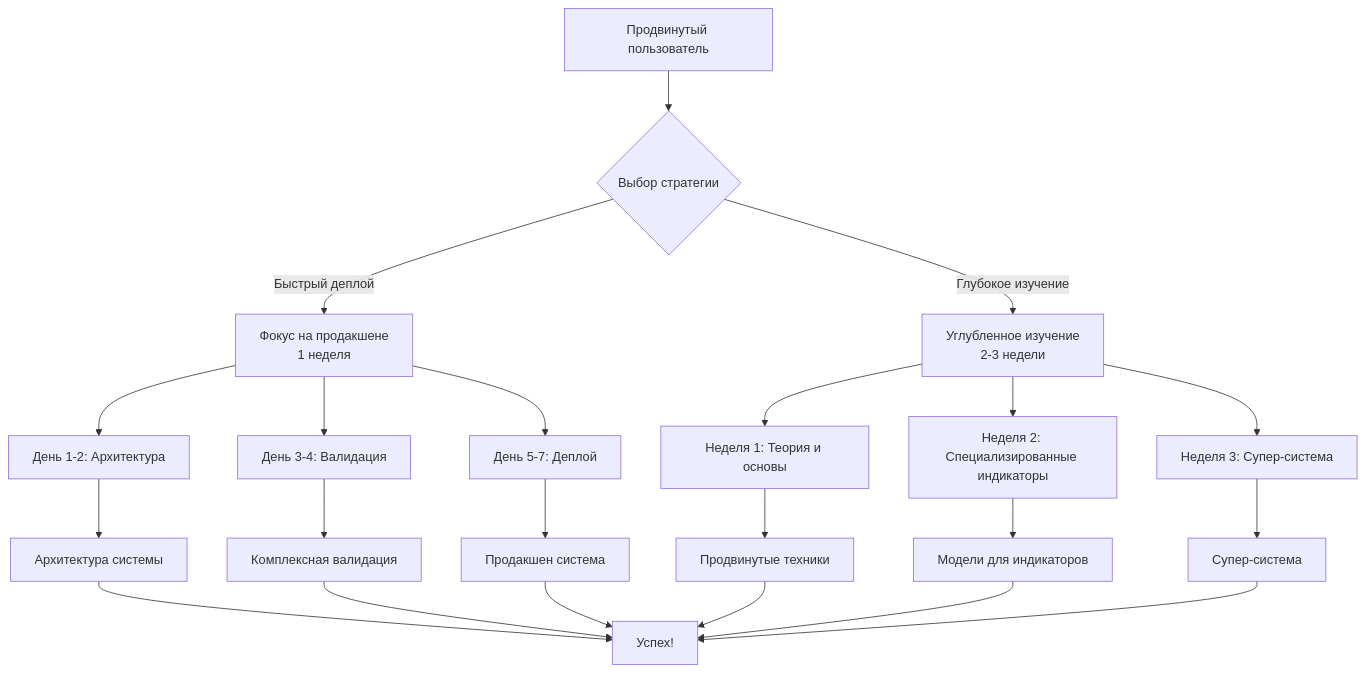
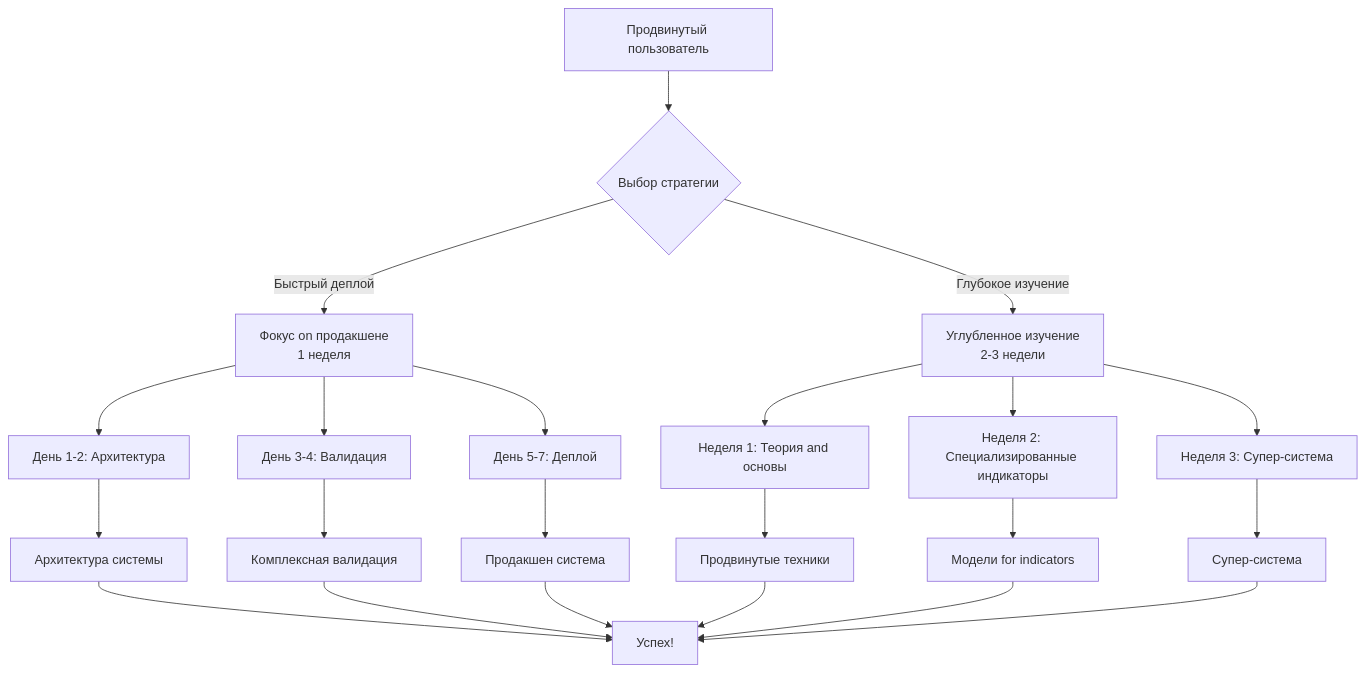
Before and after one commit to NeoZorK/neozork-hld-prediction: the third of 8 diagrams in docs/automl/gluon/25_reading_guide.md, drawn with Mermaid. The commit also changed other lines of this file and 19 other files, not shown here.

````diff
--- a/docs/automl/gluon/25_reading_guide.md
+++ b/docs/automl/gluon/25_reading_guide.md
@@ -300,29 +300,29 @@
 ```mermaid
 graph TD
-    A[Продвинутый пользователь] --> B{Выбор стратегии}
-    B -->|Быстрый деплой| C[Фокус на продакшене<br/>1 неделя]
-    B -->|Глубокое изучение| D[Углубленное изучение<br/>2-3 недели]
-    
-    C --> C1[День 1-2: Архитектура]
-    C --> C2[День 3-4: Валидация]
-    C --> C3[День 5-7: Деплой]
-    
-    D --> D1[Неделя 1: Теория и основы]
-    D --> D2[Неделя 2: Специализированные индикаторы]
-    D --> D3[Неделя 3: Супер-система]
-    
-    C1 --> E1[Архитектура системы]
-    C2 --> E2[Комплексная валидация]
-    C3 --> E3[Продакшен система]
-    
-    D1 --> F1[Продвинутые техники]
-    D2 --> F2[Модели для индикаторов]
-    D3 --> F3[Супер-система]
-    
-    E1 --> G[Успех!]
-    E2 --> G
-    E3 --> G
-    F1 --> G
-    F2 --> G
-    F3 --> G
+ A[Продвинутый пользователь] --> B{Выбор стратегии}
+ B -->|Быстрый деплой| C[Фокус on продакшене<br/>1 неделя]
+ B -->|Глубокое изучение| D[Углубленное изучение<br/>2-3 недели]
+
+ C --> C1[День 1-2: Архитектура]
+ C --> C2[День 3-4: Валидация]
+ C --> C3[День 5-7: Деплой]
+
+ D --> D1[Неделя 1: Теория and основы]
+ D --> D2[Неделя 2: Специализированные индикаторы]
+ D --> D3[Неделя 3: Супер-система]
+
+ C1 --> E1[Архитектура системы]
+ C2 --> E2[Комплексная валидация]
+ C3 --> E3[Продакшен система]
+
+ D1 --> F1[Продвинутые техники]
+ D2 --> F2[Модели for indicators]
+ D3 --> F3[Супер-система]
+
+ E1 --> G[Успех!]
+ E2 --> G
+ E3 --> G
+ F1 --> G
+ F2 --> G
+ F3 --> G
 ```
````
